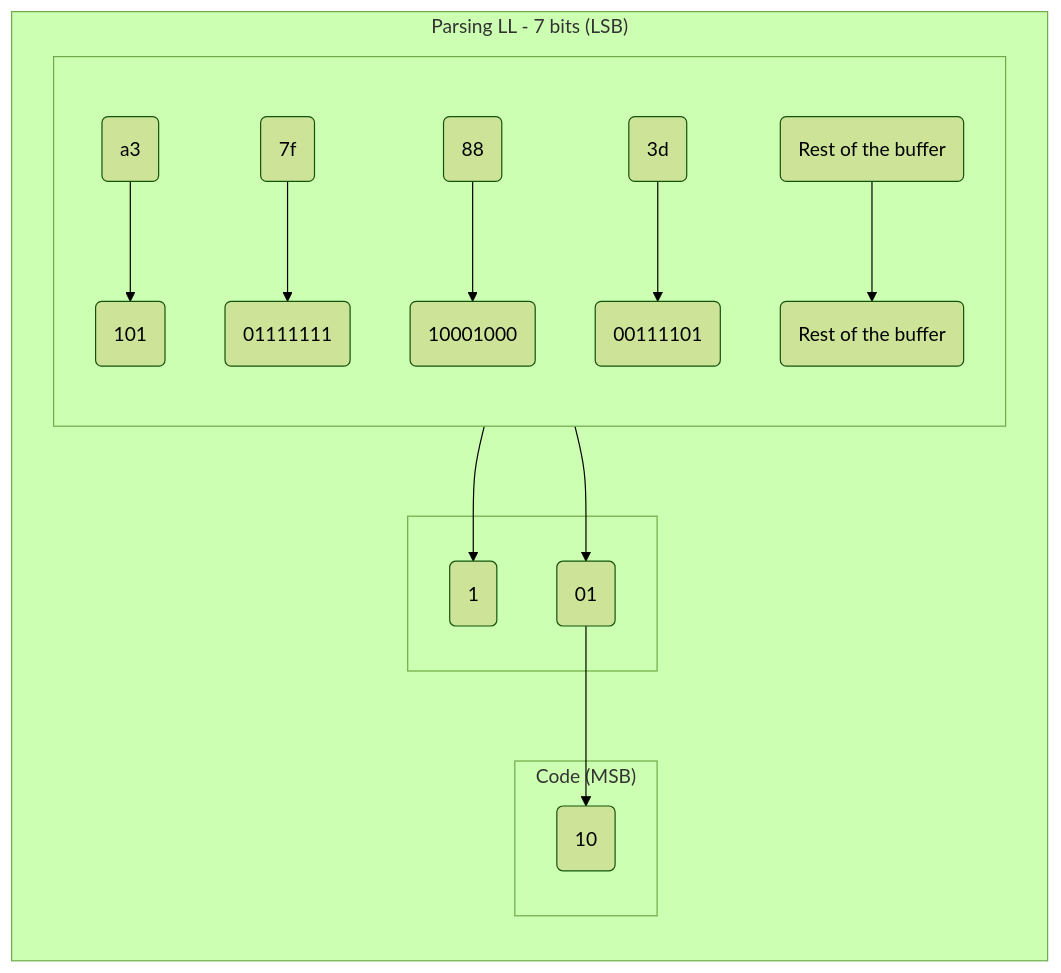
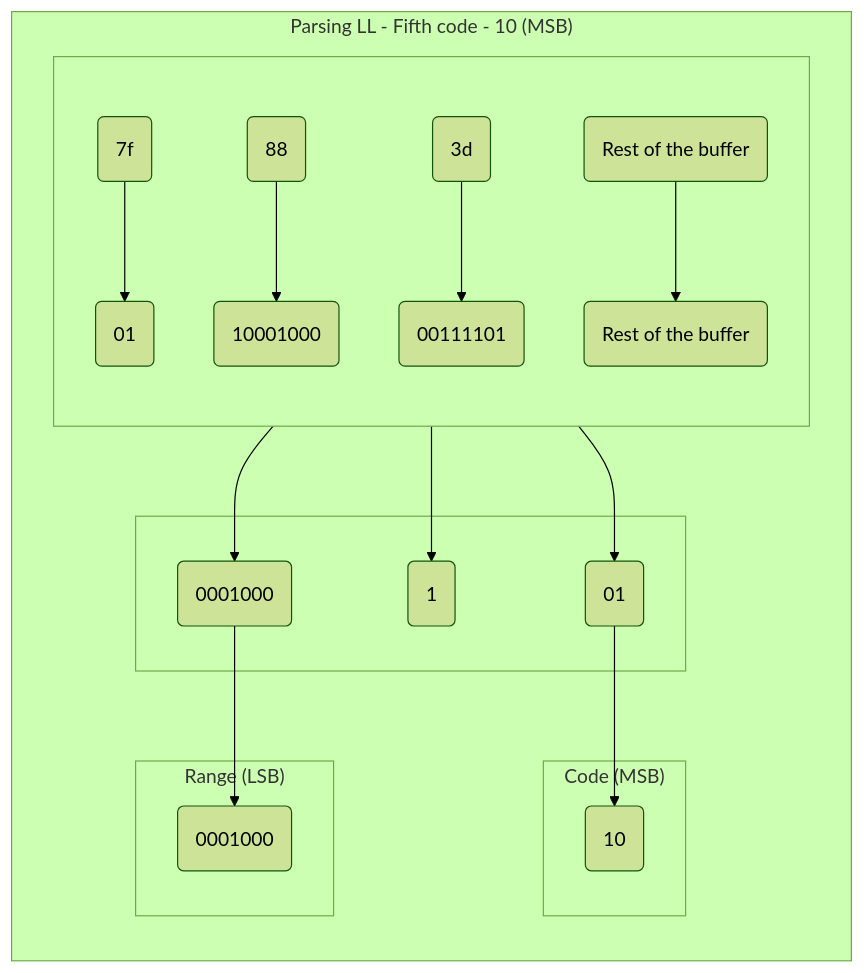
Diagram 18 of 21 in articles/deflate-stream-parser.md (marsp0/marsp0.github.io), drawn with Mermaid before and after one commit. The commit also changed other lines of this file, not shown here.

````diff
--- a/articles/deflate-stream-parser.md
+++ b/articles/deflate-stream-parser.md
@@ -1053,37 +1048,42 @@
 ```mermaid
 %%{init: { 'theme':'forest' } }%%
 graph
-    subgraph "Parsing LL - 7 bits (LSB)"
+    subgraph "Parsing LL - Fifth code - 10 (MSB)"
         direction TB
         subgraph " "
             direction TB
-            K(a3)
             L(7f)
             M(88)
             N(3d)
             O("Rest of the buffer")
-            KBF(101)
-            LBF(01111111)
+            LBF(01)
             MBF(10001000)
             NBF(00111101)
             OBF("Rest of the buffer")
         end
         subgraph " "
-            KB(1)
-            KBB(01)
+            LB(01)
+            MB(1)
+            MBB(0001000)
         end
         subgraph "Code (MSB)"
             CA(10)
         end
+        subgraph "Range (LSB)"
+            RA(0001000)
+        end
 
-        K --> KBF
         L --> LBF
         M --> MBF
         N --> NBF
         O --> OBF
 
-        KBF --> KB
-        KBF --> KBB
-        KBB --> CA
+        LBF --> LB
+        LB --> CA
+
+        MBF --> MB
+        MBF --> MBB
+        MBB --> RA
+
     end
 ```
````
